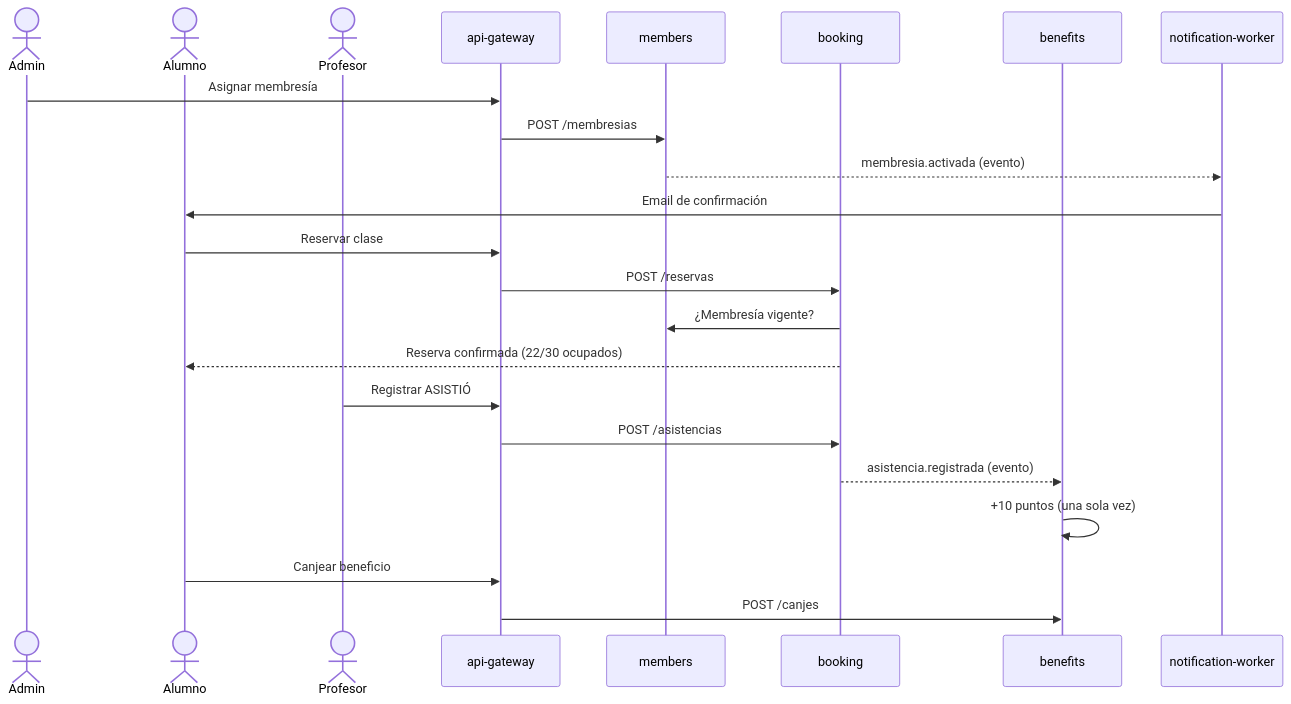
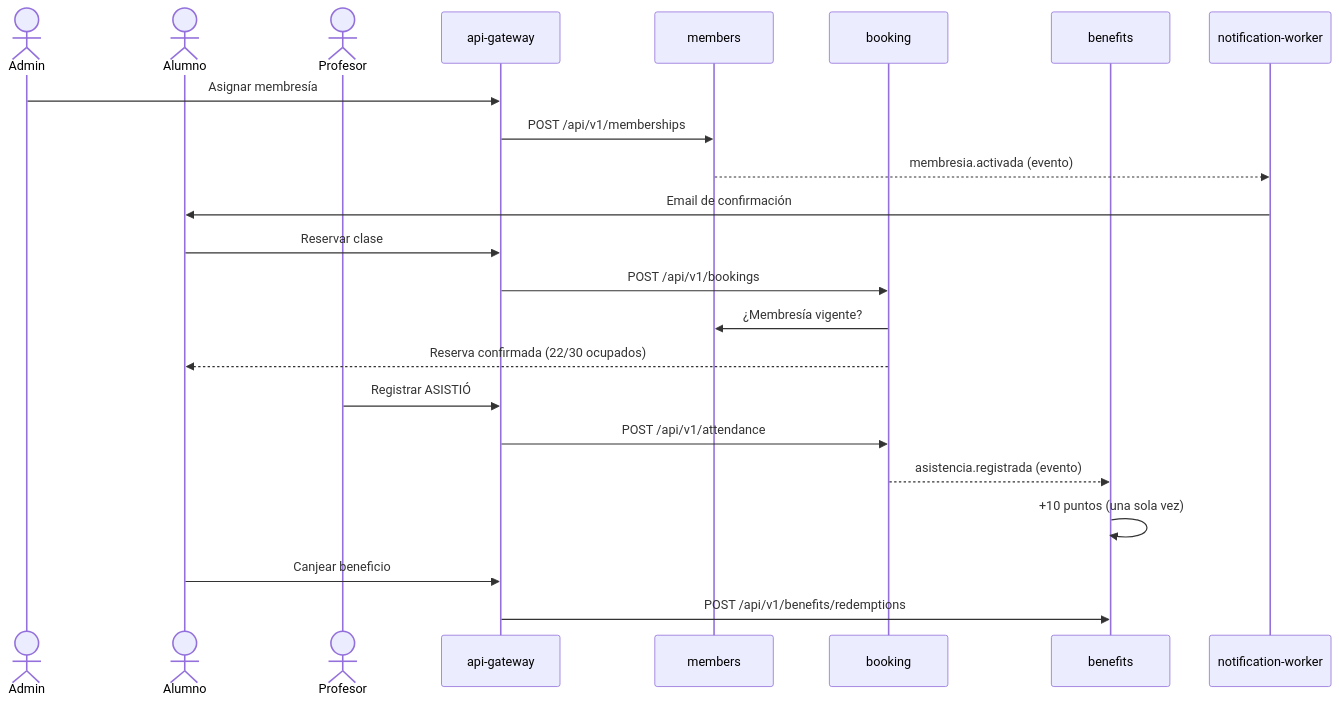
Before and after one commit to GuadiViti/Arquitectura-de-Software: the diagram in README.md, drawn with Mermaid. The commit also changed other lines of this file and 115 other files, not shown here.

````diff
--- a/README.md
+++ b/README.md
@@ -25,26 +25,26 @@
 ```mermaid
 sequenceDiagram
     actor Admin
     actor Alumno
     actor Profesor
     participant GW as api-gateway
     participant M as members
     participant B as booking
     participant BE as benefits
     participant N as notification-worker
 
     Admin->>GW: Asignar membresía
-    GW->>M: POST /membresias
+    GW->>M: POST /api/v1/memberships
     M-->>N: membresia.activada (evento)
     N->>Alumno: Email de confirmación
     Alumno->>GW: Reservar clase
-    GW->>B: POST /reservas
+    GW->>B: POST /api/v1/bookings
     B->>M: ¿Membresía vigente?
     B-->>Alumno: Reserva confirmada (22/30 ocupados)
     Profesor->>GW: Registrar ASISTIÓ
-    GW->>B: POST /asistencias
+    GW->>B: POST /api/v1/attendance
     B-->>BE: asistencia.registrada (evento)
     BE->>BE: +10 puntos (una sola vez)
     Alumno->>GW: Canjear beneficio
-    GW->>BE: POST /canjes
+    GW->>BE: POST /api/v1/benefits/redemptions
 ```
````
